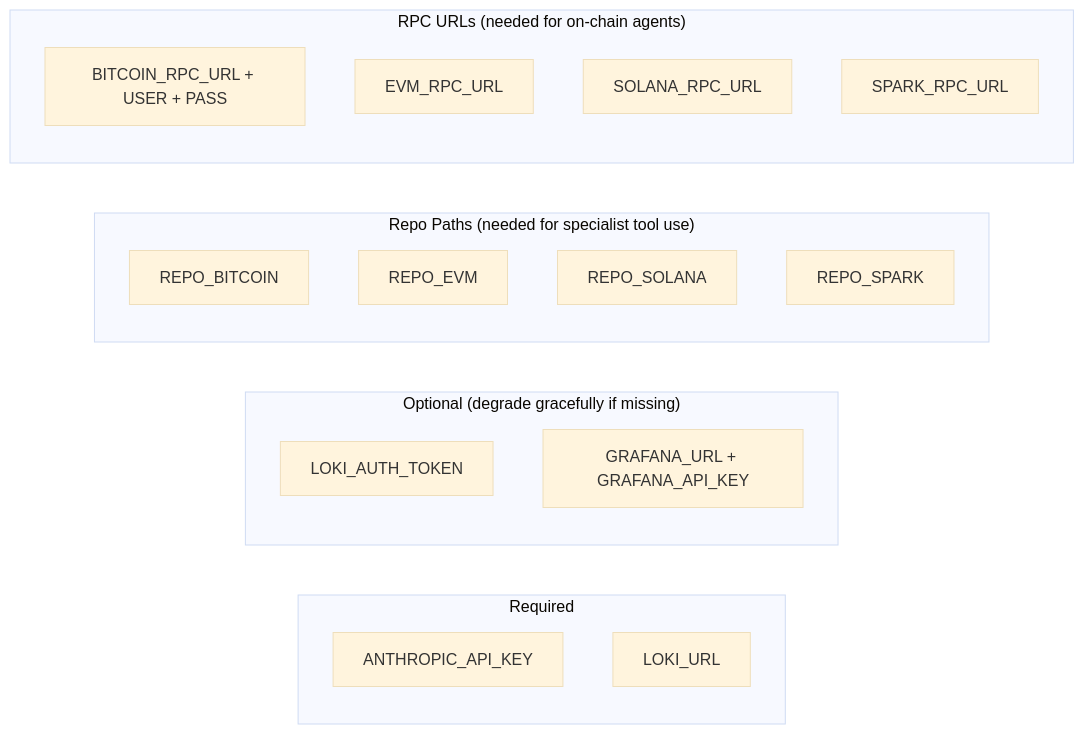
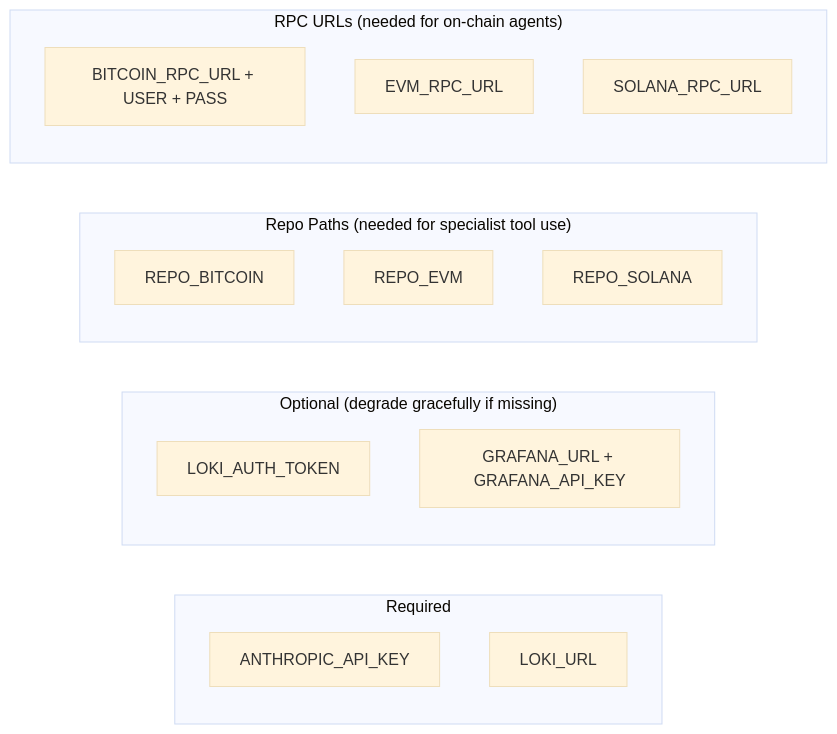
Before and after one commit to garden-protocol/garden-rca-agent: the seventh of 7 diagrams in ARCHITECTURE.md, drawn with Mermaid (base theme). The commit also changed other lines of this file and 14 other files, not shown here.

````diff
--- a/ARCHITECTURE.md
+++ b/ARCHITECTURE.md
@@ -332,26 +327,24 @@
 ```mermaid
 graph LR
     subgraph Required
         AKEY[ANTHROPIC_API_KEY]
         LOKI[LOKI_URL]
     end
 
     subgraph Optional_Infra["Optional (degrade gracefully if missing)"]
         LAUTH[LOKI_AUTH_TOKEN]
         GURL[GRAFANA_URL + GRAFANA_API_KEY]
     end
 
     subgraph Repos["Repo Paths (needed for specialist tool use)"]
         RB[REPO_BITCOIN]
         RE[REPO_EVM]
         RS[REPO_SOLANA]
-        RSP[REPO_SPARK]
     end
 
     subgraph RPCs["RPC URLs (needed for on-chain agents)"]
         BRPC[BITCOIN_RPC_URL + USER + PASS]
         ERPC[EVM_RPC_URL]
         SRPC[SOLANA_RPC_URL]
-        SPRPC[SPARK_RPC_URL]
     end
 ```
````
